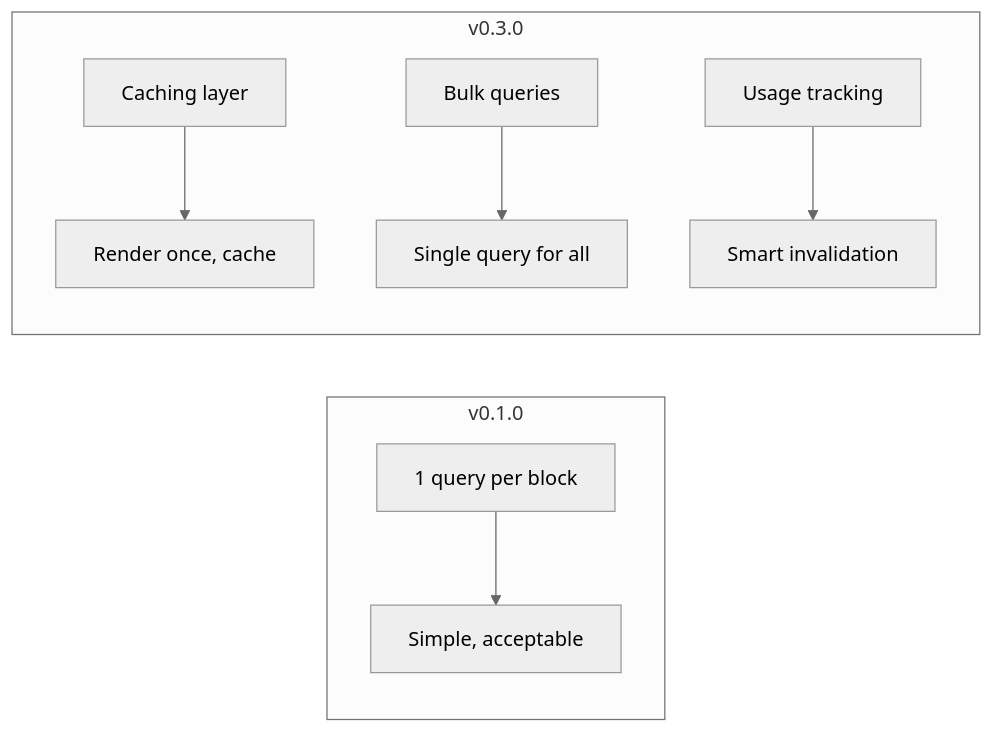
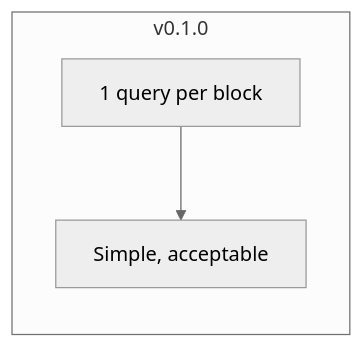
Before and after one commit to kkm-horikawa/wagtail-reusable-blocks: the seventh of 7 diagrams in docs/ARCHITECTURE.md, drawn with Mermaid (neutral theme). The commit also changed other lines of this file and 30 other files, not shown here.

First line of the commit message:
Remove built-in cache layer that conflicts with standard Wagtail caching patterns (#214)

````diff
--- a/docs/ARCHITECTURE.md
+++ b/docs/ARCHITECTURE.md
@@ -317,16 +315,7 @@
 ```mermaid
 flowchart LR
     subgraph v010["v0.1.0"]
         P1["1 query per block"]
         P1 --> P1R["Simple, acceptable"]
     end
-
-    subgraph v030["v0.3.0"]
-        P2["Caching layer"]
-        P3["Bulk queries"]
-        P4["Usage tracking"]
-        P2 --> P2R["Render once, cache"]
-        P3 --> P3R["Single query for all"]
-        P4 --> P4R["Smart invalidation"]
-    end
 ```
````
